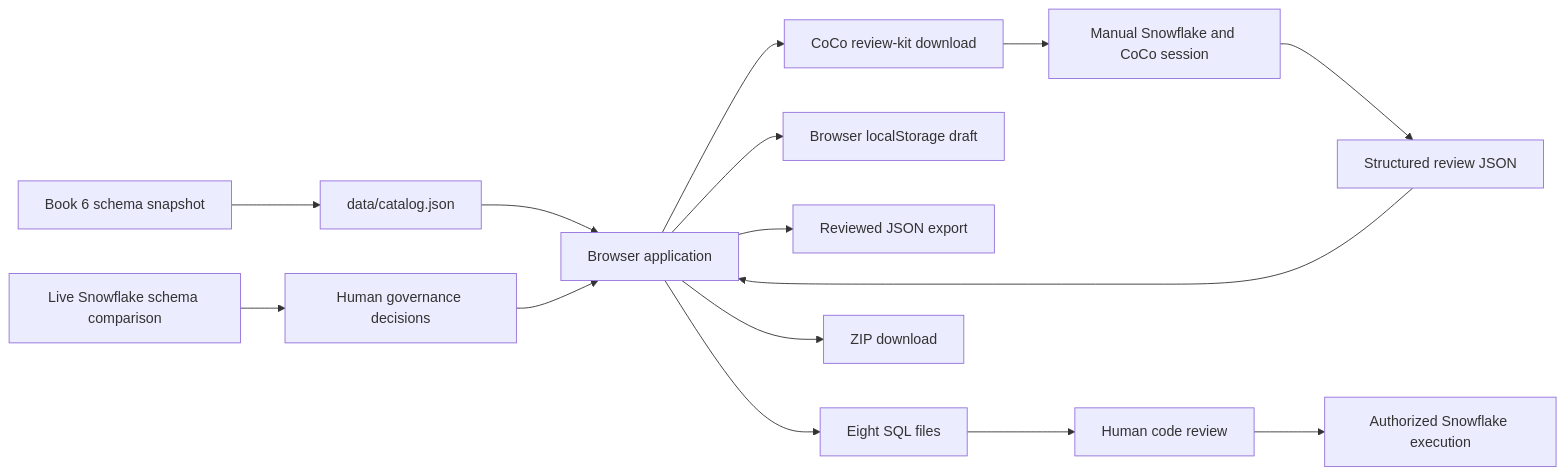
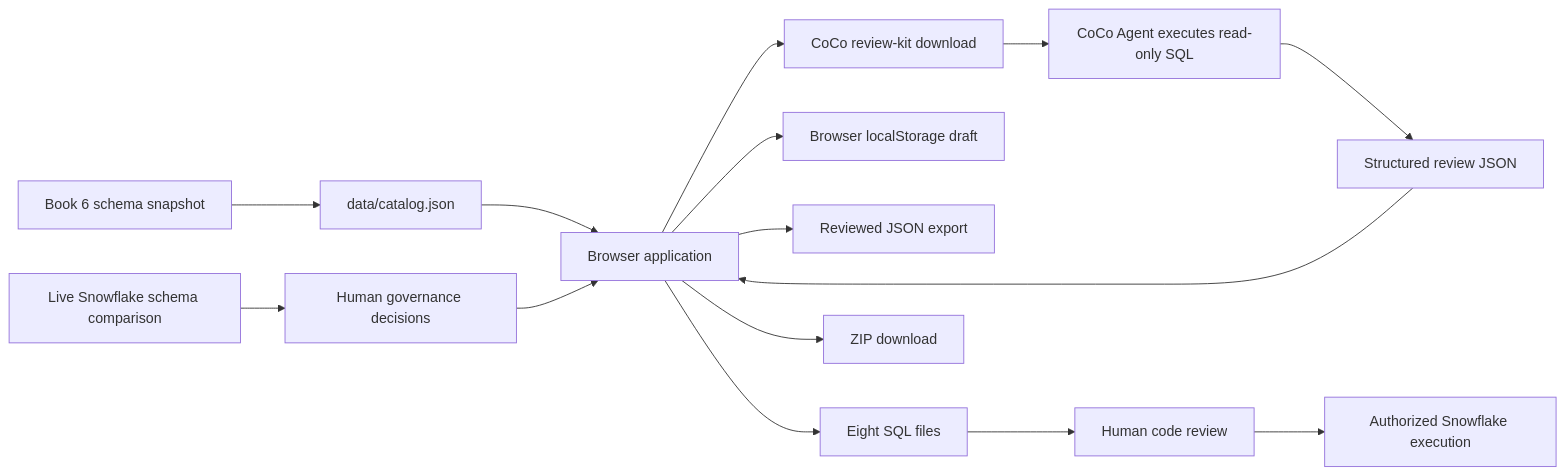
One commit to yuvrajrainamastek/governance-script-studio changed the diagram in docs/ARCHITECTURE_AND_SECURITY.md. Above: the diagram before and after it, drawn with Mermaid. The commit also changed other lines of this file and 9 other files, not shown here.

````diff
--- a/docs/ARCHITECTURE_AND_SECURITY.md
+++ b/docs/ARCHITECTURE_AND_SECURITY.md
@@ -7,17 +7,17 @@
 ```mermaid
 flowchart LR
     A[Book 6 schema snapshot] --> B[data/catalog.json]
     B --> C[Browser application]
     D[Human governance decisions] --> C
     E[Live Snowflake schema comparison] --> D
     C --> L[CoCo review-kit download]
-    L --> M[Manual Snowflake and CoCo session]
+    L --> M[CoCo Agent executes read-only SQL]
     M --> N[Structured review JSON]
     N --> C
     C --> F[Browser localStorage draft]
     C --> G[Reviewed JSON export]
     C --> H[Eight SQL files]
     C --> I[ZIP download]
     H --> J[Human code review]
     J --> K[Authorized Snowflake execution]
 ```
````
